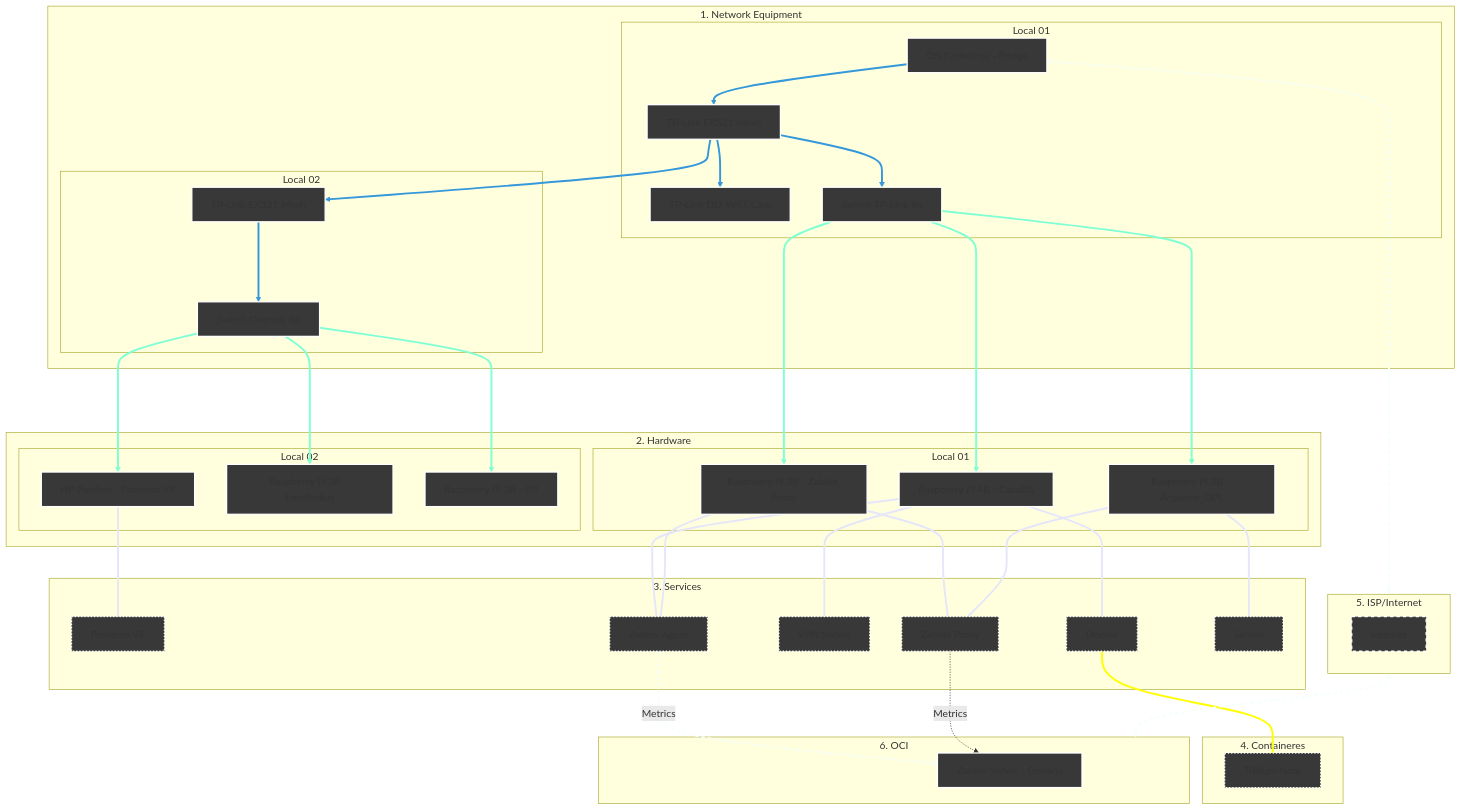
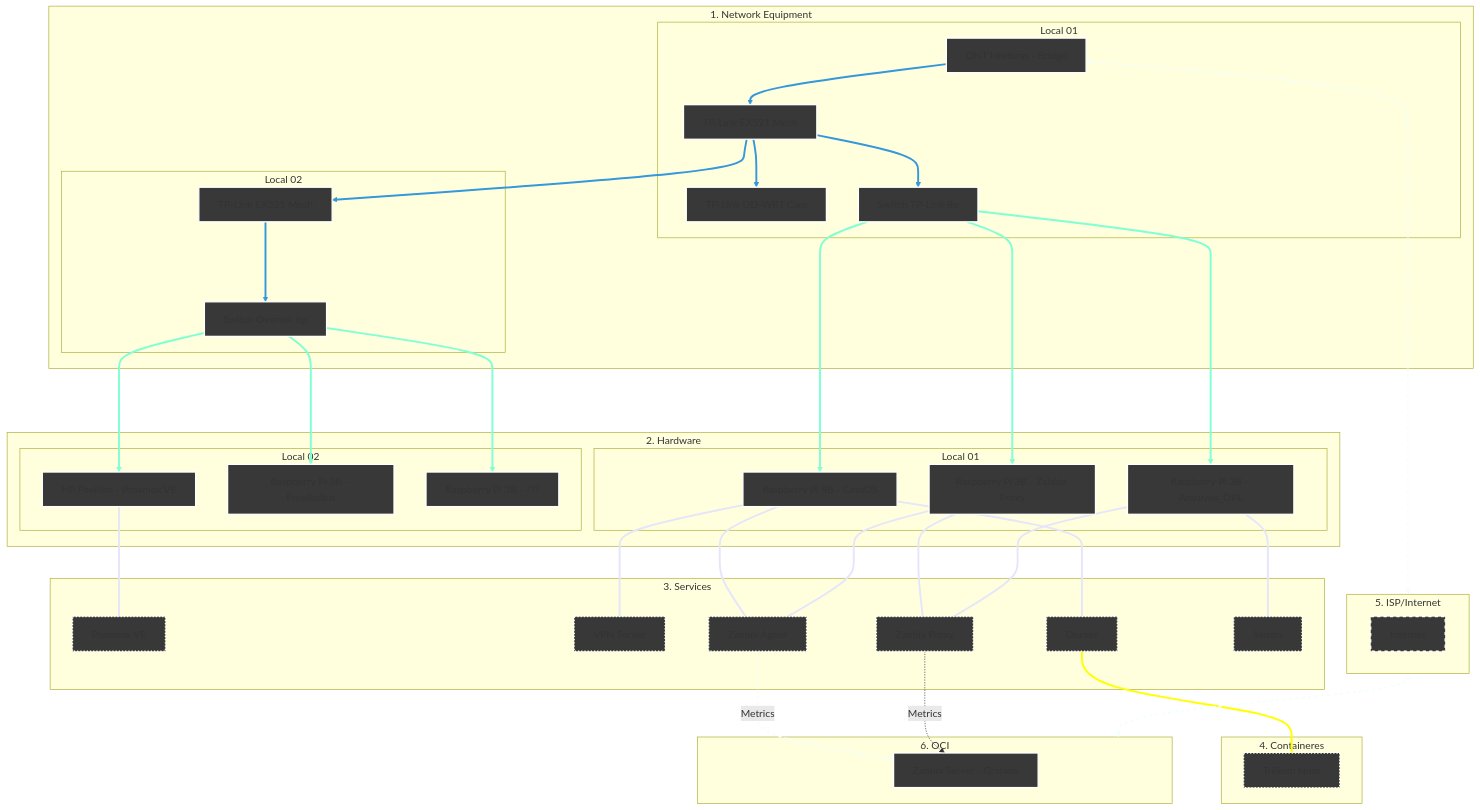
The diagram in Infrastructure/README.md (kevindexter22/Dr-Hardware-Autonet), drawn with Mermaid before and after one commit. The commit also changed other lines of this file, not shown here.

Commit message:
Add Docker service to the infrastructure diagram

````diff
--- a/Infrastructure/README.md
+++ b/Infrastructure/README.md
@@ -13,80 +13,80 @@
 ```mermaid
 graph TD
     %% Styles
     classDef network fill:#383838,stroke:#FFFFFF,stroke-width:2px;
     classDef hardware fill:#383838,stroke:#FFFFFF,stroke-width:2px;
     classDef internet fill:#383838,stroke:#FFFFFF,stroke-width:2px,stroke-dasharray: 5 5;
     classDef services fill:#383838,stroke:#FFFFFF,stroke-width:2px, stroke-dasharray: 2 3;
     classDef oci fill:#383838,stroke:#FFFFFF,stroke-width:2px;
 
     %% 1. NETWORK EQUIPMENT
     subgraph Principal["1. Network Equipment"]
     subgraph S1 [Local 01]
         ONT[ONT Intelbras - Bridge]:::network --> R_Mesh1[TP-Link EX521 Mesh]:::network
         R_Mesh1 --> R_Cams[TP-Link DD-WRT Cam]:::network 
         R_Mesh1 --> SW1[Switch TP-Link 8p]:::network  
     end
     subgraph S2 [Local 02]
         R_Mesh1 --> R_Mesh2[TP-Link EX521 Mesh]:::network
         R_Mesh2 ---> SW2[Switch Overtek 8p]:::network
     end
     end
     
     %% 2. HARDWARE
     subgraph Principal02["2. Hardware"]
     subgraph S3 [Local 01]
         SW1 ---> RPi3B_1[Raspberry Pi 3B - Arquivos_OPL]:::hardware
         SW1 ---> RPi4B[Raspberry Pi 4B - CasaOS]:::hardware
         SW1 ---> RPi3B_2[Raspberry Pi 3B - Zabbix Proxy]:::hardware
     end
     subgraph S4 [Local 02]
         SW2 ---> HP[HP Pavilion - Proxmox VE]:::hardware
         SW2 ---> RPi3B_3[Raspberry Pi 3B - FreeRadius]:::hardware
         SW2 ---> RPi3B_4[Raspberry Pi 3B - ???]:::hardware
     end
     end
 
     %% 3. SERVICES     
     subgraph S5 [3. Services];
         HP --- PVE[Proxmox VE]:::services        
-        RPi4B --- Docker[Docker]:::services
         RPi4B --- VPN[VPN Server]:::services
         RPi4B --- ZA[Zabbix Agent]:::services
+        RPi4B --- Docker[Docker]:::services
         RPi3B_2 --- ZA[Zabbix Agent]:::services
         RPi3B_2 --- ZP[Zabbix Proxy]:::services
         RPi3B_1 --- ZP[Zabbix Proxy]:::services
         RPi3B_1 --- SMB1[Samba]:::services
     end
 
     %% 4. CONTAINERES     
     subgraph S6 [4. Containeres];
         Docker[Docker] --- Trillium[Trillium Note]:::services
     end
 
     %% 5. Internet (The Bridge)
     subgraph S7 [5. ISP/Internet]
            internet[Internet]:::internet
     end
 
     %% 6. Oracle Cloud Infrastructure
     subgraph S8 [6. OCI]
         ZS[Zabbix Server - Grafana]:::oci
     end
 
     %% Conections of data flow
     ONT <--> S7
     S7 <--> S8
     
     %% Logical conections
     ZA -.-> |Metrics| ZS
     ZP -.-> |Metrics| ZS 
 
     %% --- Set collor on conections ---
     
     linkStyle 0,1,2,3,4 stroke:#3498db,stroke-width:3px;
     linkStyle 5,6,7,8,9,10 stroke:#7FFFD4,stroke-width:3px;
     linkStyle 11,12,13,14,15,16,17,18 stroke:#E6E6FA,stroke-width:3px;
     linkStyle 19 stroke:#FFFF00,stroke-width:3px;
     linkStyle 20,21,22 stroke:#F5FFFA,stroke-width:3px,stroke-dasharray: 5 5;
 
 ```
````
